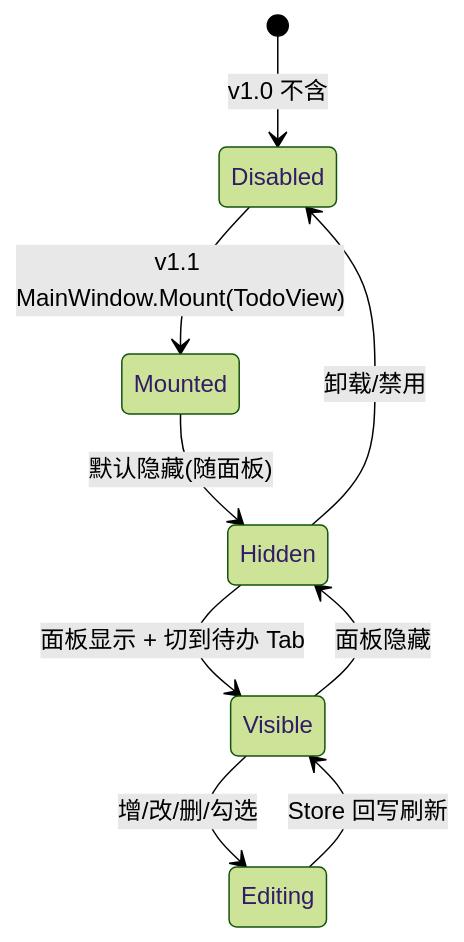
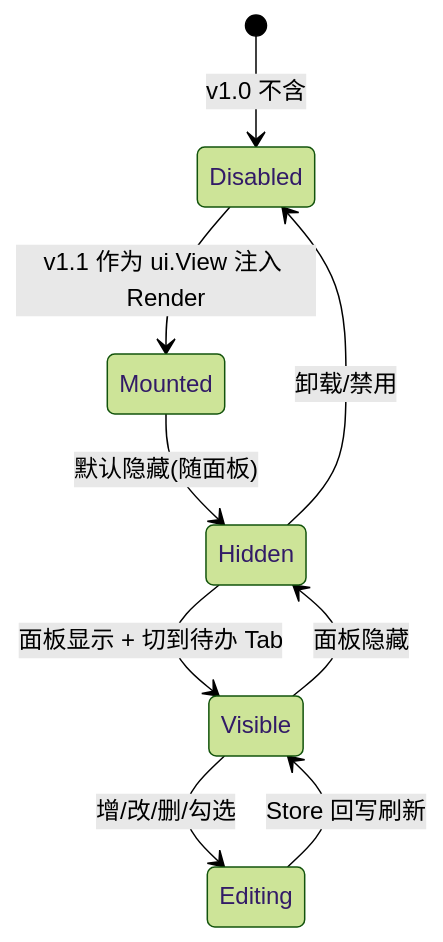
The fourth of 4 diagrams in docs/90-UI/TodoView.md (shaolei/DeskCalendar), drawn with Mermaid (forest theme) before and after one commit. The commit also changed other lines of this file and 25 other files, not shown here.

````diff
--- a/docs/90-UI/TodoView.md
+++ b/docs/90-UI/TodoView.md
@@ -141,11 +141,11 @@
 ```mermaid
 stateDiagram-v2
     [*] --> Disabled: v1.0 不含
-    Disabled --> Mounted: v1.1 MainWindow.Mount(TodoView)
+    Disabled --> Mounted: v1.1 作为 ui.View 注入 Render
     Mounted --> Hidden: 默认隐藏(随面板)
     Hidden --> Visible: 面板显示 + 切到待办 Tab
     Visible --> Editing: 增/改/删/勾选
     Editing --> Visible: Store 回写刷新
     Visible --> Hidden: 面板隐藏
     Hidden --> Disabled: 卸载/禁用
 ```
````
